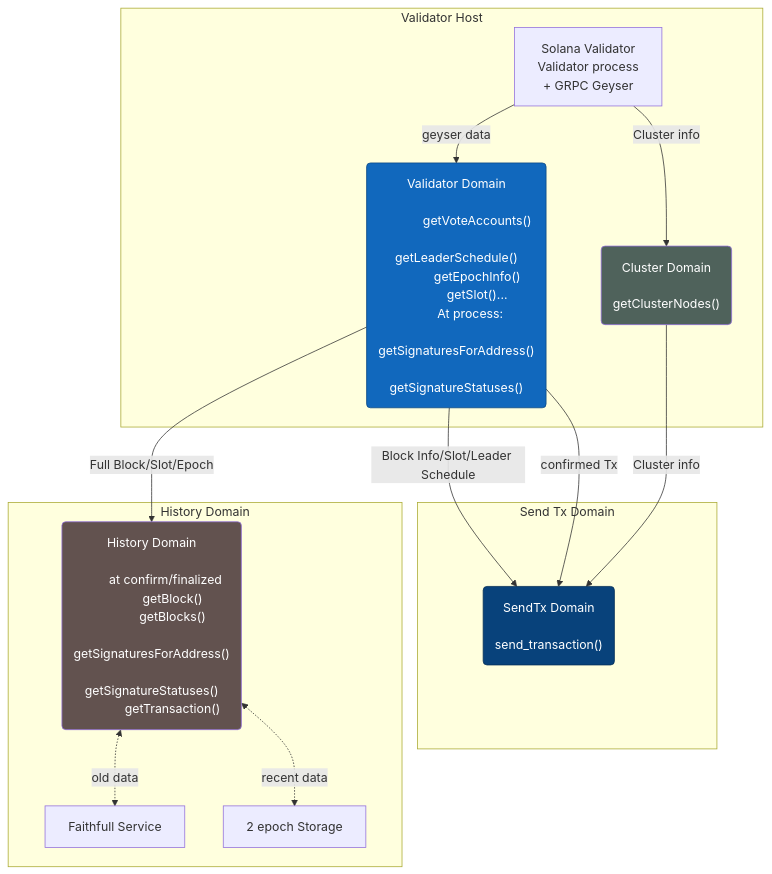
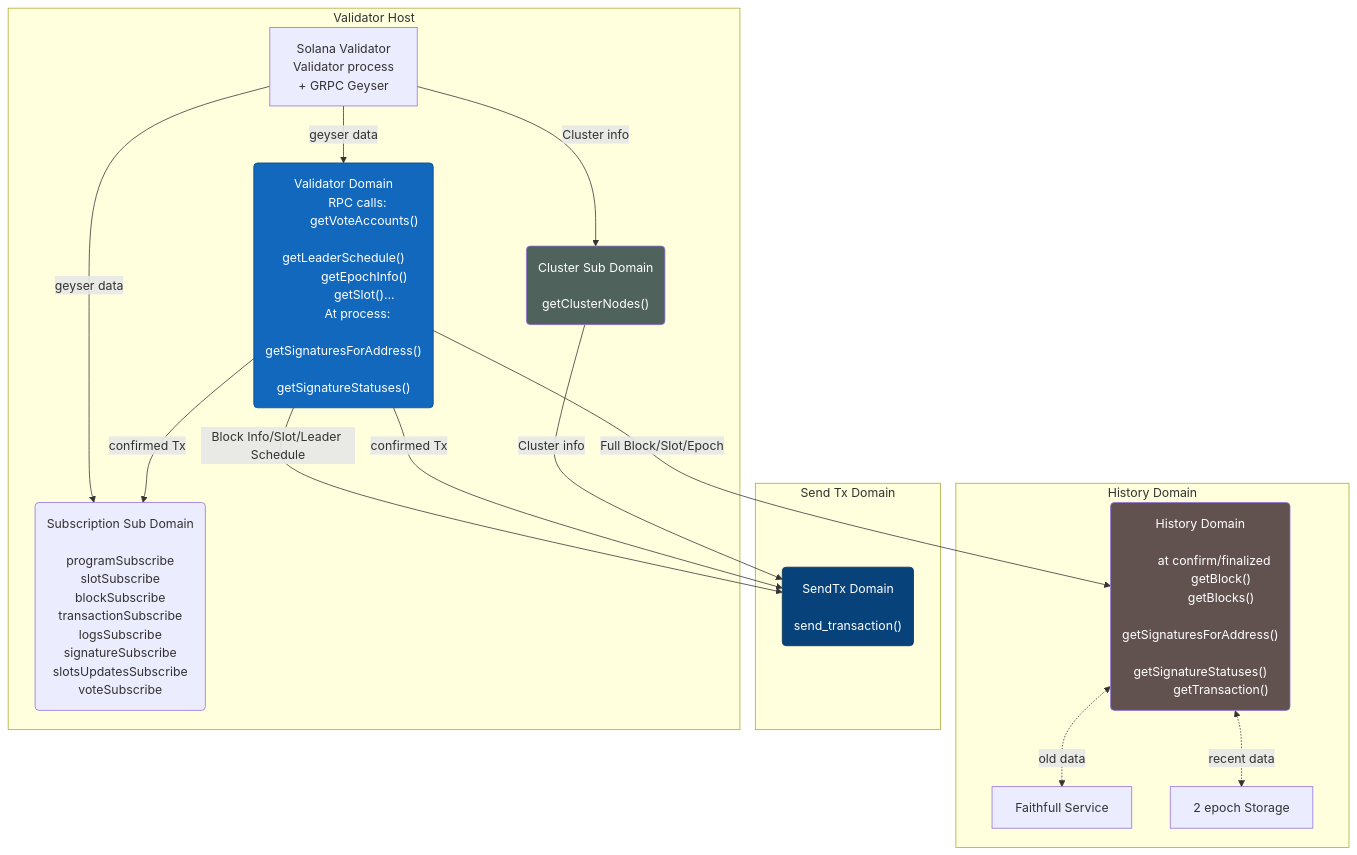
One commit to zacharywing303-art/transaction changed the first of 3 diagrams in docs/architecture.md. Above: the diagram before and after it, drawn with Mermaid. The commit also changed other lines of this file and 1 other file, not shown here.

Commit message:
Add RPC subscriptions

````diff
--- a/docs/architecture.md
+++ b/docs/architecture.md
@@ -49,63 +62,75 @@
 ```mermaid
 flowchart TD
-    subgraph Send Tx Domain
-        SendTx("SendTx Domain
-
-              send_transaction()")
-    end
-
     subgraph History Domain
         History("History Domain
 
         at confirm/finalized
             getBlock()
             getBlocks()
             getSignaturesForAddress()
             getSignatureStatuses()
             getTransaction()")
         Faithfull["Faithfull Service"]
         Storage["2 epoch Storage"]
     end
 
+    subgraph Send Tx Domain
+        SendTx("SendTx Domain
+
+              send_transaction()")
+    end
+
     subgraph Validator Host
         Validator["Solana Validator
             Validator process
             + GRPC Geyser"]
         
         Consensus("Validator Domain
-
+        RPC calls:
             getVoteAccounts()
             getLeaderSchedule()
             getEpochInfo()
             getSlot()...
         At process:
             getSignaturesForAddress()
             getSignatureStatuses()
-
               ")
-        Cluster("Cluster Domain
+        Subscription("Subscription Sub Domain
+            
+            programSubscribe
+            slotSubscribe
+            blockSubscribe
+            transactionSubscribe
+            logsSubscribe
+            signatureSubscribe
+            slotsUpdatesSubscribe
+            voteSubscribe
+              ")
+        Cluster("Cluster Sub Domain
             
            getClusterNodes()")
     end
     
 
     Validator-- "geyser data" -->Consensus
+    Validator-- "geyser data" -->Subscription
     Validator-- "Cluster info" -->Cluster
     Consensus-- "Block Info/Slot/Leader Schedule" -->SendTx
     Consensus-- "confirmed Tx" -->SendTx
+    Consensus-- "confirmed Tx" -->Subscription
     Cluster-- "Cluster info" -->SendTx
     Consensus-- "Full Block/Slot/Epoch" -->History
     History<-. "old data" .-> Faithfull
     History<-. "recent data" .-> Storage
 
     classDef consensus fill:#1168bd,stroke:#0b4884,color:#ffffff
     classDef history fill:#666,stroke:#0b4884,color:#ffffff
     classDef sendtx fill:#08427b,stroke:#052e56,color:#ffffff
     classDef redgray fill:#62524F, color:#fff
     classDef greengray fill:#4F625B, color:#fff
 
     class SendTx sendtx
     class History redgray
     class Consensus consensus
     class Cluster greengray
 ```
````
